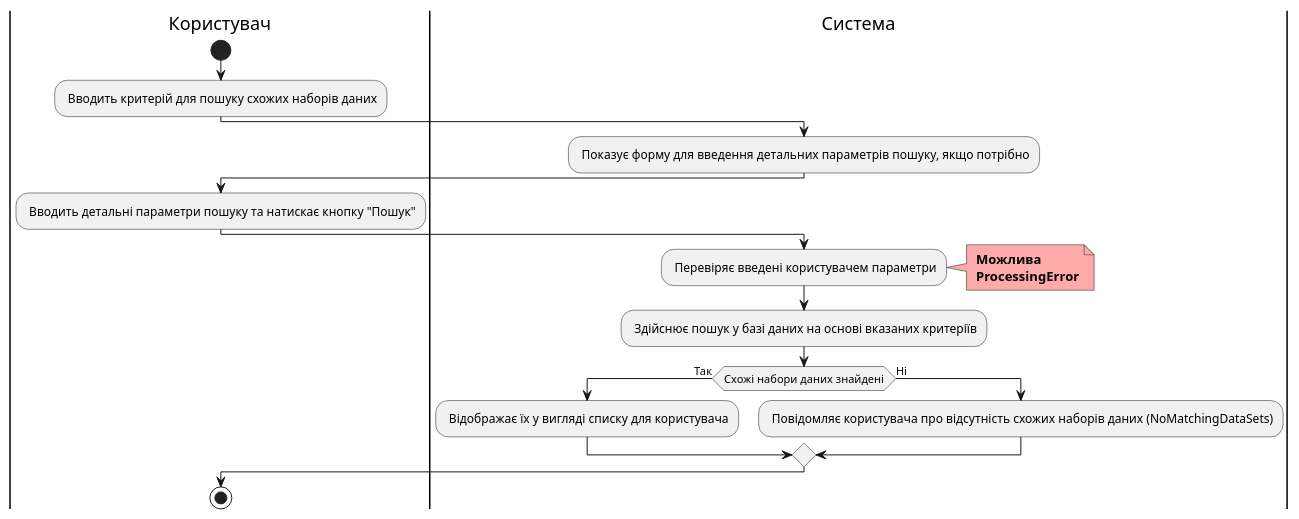
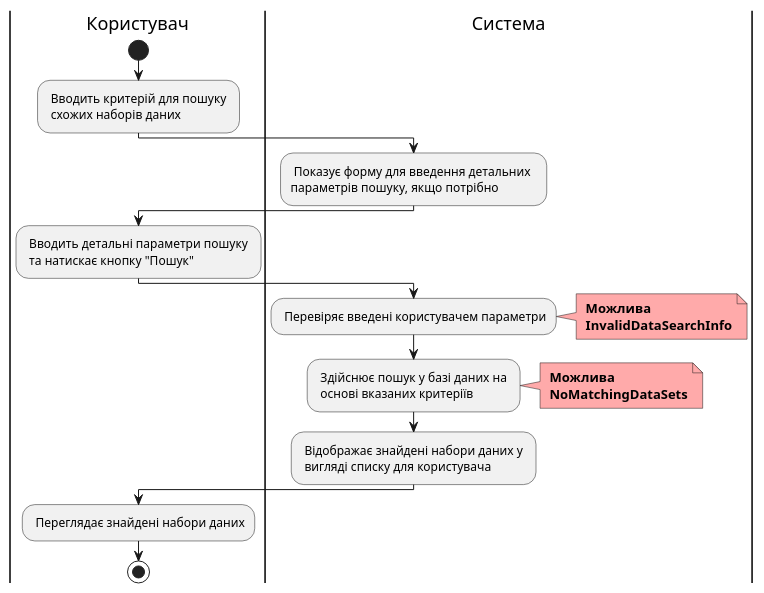
Before and after one commit to edu-db/edu_db_labs: diagram 13 of 23 in docs/use cases/README.md, drawn with PlantUML. The commit also changed other lines of this file and 1 other file, not shown here.

Commit message:
fix:  FindSimilarDataSets usage scenario

```diff
--- a/docs/use cases/README.md
+++ b/docs/use cases/README.md
@@ -489,32 +489,31 @@
 @startuml
 
     |Користувач|
     start;
-    : Вводить критерій для пошуку схожих наборів даних;
+    : Вводить критерій для пошуку \n схожих наборів даних;
 
     |Система|
-    : Показує форму для введення детальних параметрів пошуку, якщо потрібно;
+    : Показує форму для введення детальних  \nпараметрів пошуку, якщо потрібно;
 
     |Користувач|
-    : Вводить детальні параметри пошуку та натискає кнопку "Пошук";
+    : Вводить детальні параметри пошуку \n та натискає кнопку "Пошук";
 
     |Система|
     : Перевіряє введені користувачем параметри;
     note right #ffaaaa
     <b> Можлива
-    <b> ProcessingError
+    <b> InvalidDataSearchInfo
     end note
 
-    : Здійснює пошук у базі даних на основі вказаних критеріїв;
-
-    |Система|
-    if (Схожі набори даних знайдені) then (Так)
-    : Відображає їх у вигляді списку для користувача;
-    else (Ні)
-    : Повідомляє користувача про відсутність схожих наборів даних (NoMatchingDataSets);
-    endif
+    : Здійснює пошук у базі даних на \n основі вказаних критеріїв;
+    note right #ffaaaa
+    <b> Можлива
+    <b> NoMatchingDataSets
+    end note
+    : Відображає знайдені набори даних у \n вигляді списку для користувача;
 
     |Користувач|
+    : Переглядає знайдені набори даних;
     stop;
 
 @enduml
```
